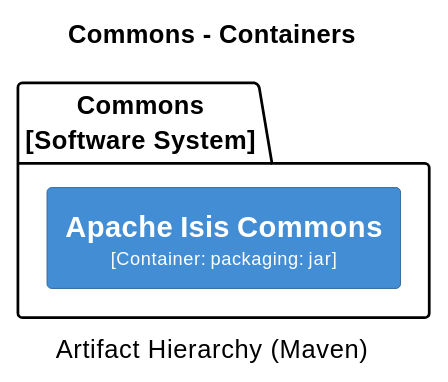
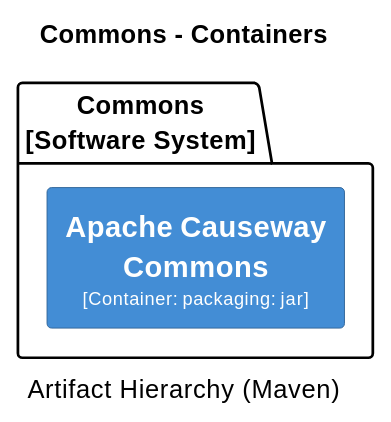
Before and after one commit to apache/causeway: the sixth of 32 diagrams in core/adoc/modules/_overview/pages/about.adoc, drawn with PlantUML. The commit also changed other lines of this file and 398 other files, not shown here.

```diff
--- a/core/adoc/modules/_overview/pages/about.adoc
+++ b/core/adoc/modules/_overview/pages/about.adoc
@@ -1249,25 +1249,25 @@
 [plantuml,Commons,svg]
 ----
 @startuml(id=Commons)
 title Commons - Containers
 caption Artifact Hierarchy (Maven)
 
 skinparam {
   shadowing false
   arrowFontSize 10
   defaultTextAlignment center
   wrapWidth 200
   maxMessageSize 100
 }
 hide stereotype
 left to right direction
 skinparam rectangle<<2>> {
   BackgroundColor #438dd5
   FontColor #fffffe
   BorderColor #2E6295
 }
 package "Commons\n[Software System]" {
-  rectangle "==Apache Isis Commons\n<size:10>[Container: packaging: jar]</size>" <<2>> as 2
+  rectangle "==Apache Causeway Commons\n<size:10>[Container: packaging: jar]</size>" <<2>> as 2
 }
 @enduml
 ----
```
